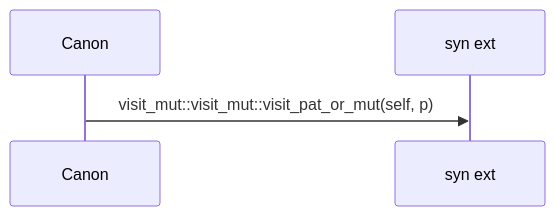
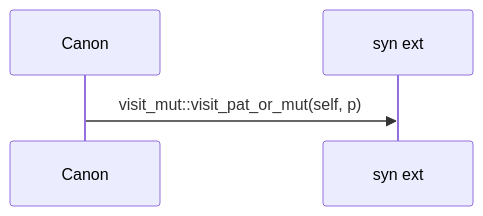
Before and after one commit to DreamLab-AI/codemaid: the sixth of 16 diagrams in docs/sealmap/crates/sealmap-rust/src/fingerprint.rs.md, drawn with Mermaid. The commit also changed other lines of this file and 29 other files, not shown here.

````diff
--- a/docs/sealmap/crates/sealmap-rust/src/fingerprint.rs.md
+++ b/docs/sealmap/crates/sealmap-rust/src/fingerprint.rs.md
@@ -159,6 +159,6 @@
 ```mermaid
 sequenceDiagram
   participant sealmap_rust__fingerprint___tCanon as Canon
   participant _syn as syn ext
-  sealmap_rust__fingerprint___tCanon->>_syn: visit_mut::visit_mut::visit_pat_or_mut(self, p)
+  sealmap_rust__fingerprint___tCanon->>_syn: visit_mut::visit_pat_or_mut(self, p)
 ```
````
